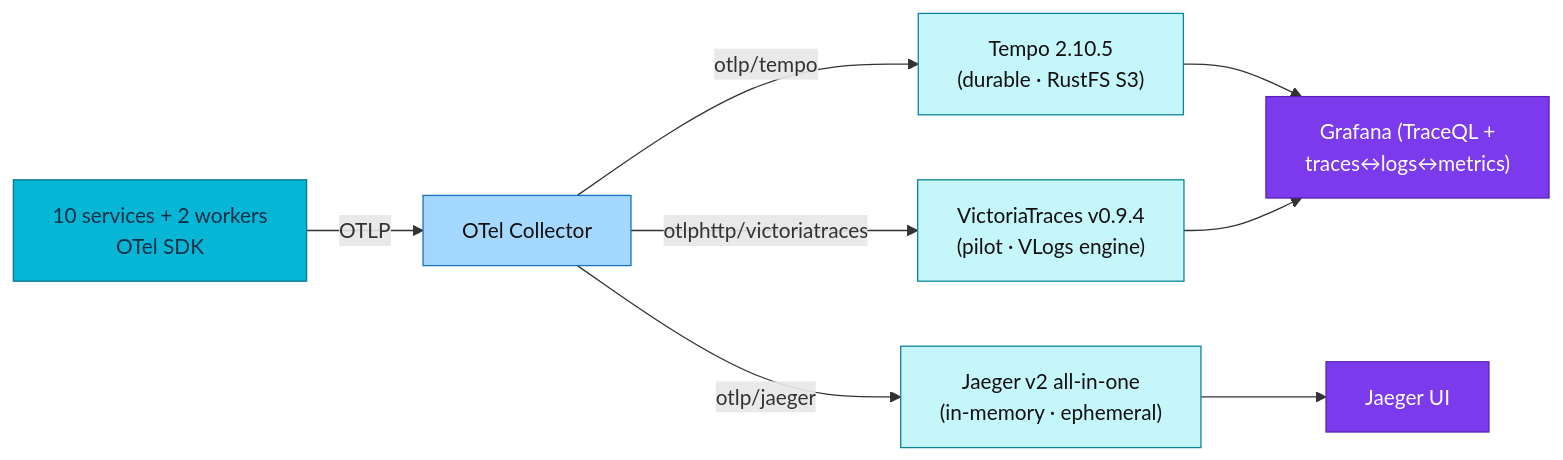
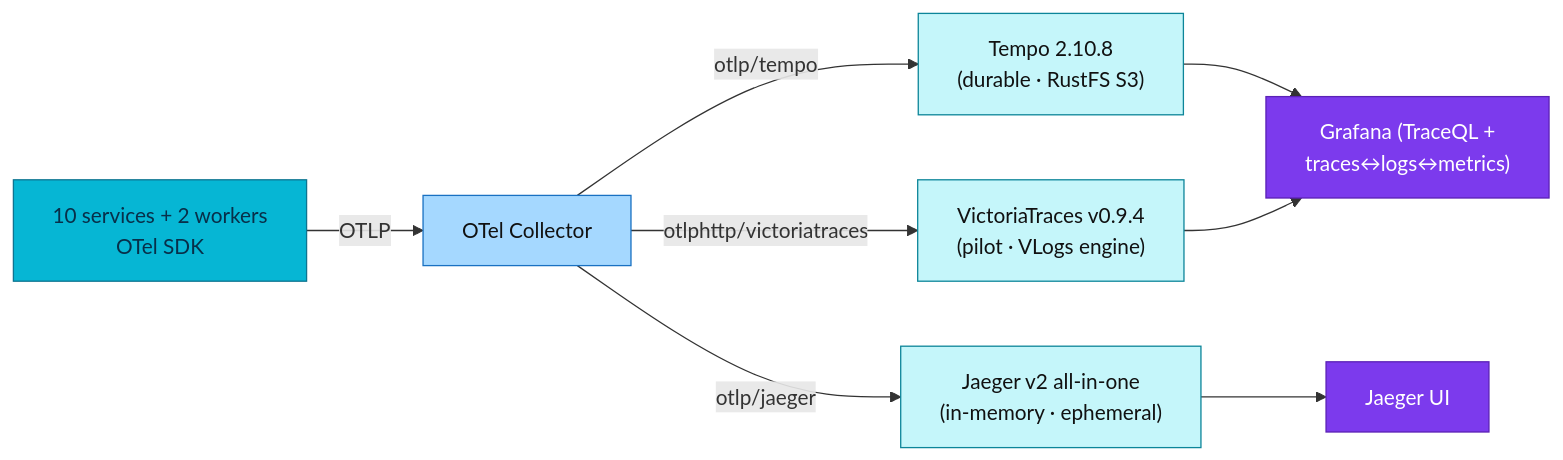
Before and after one commit to duynhlab/homelab: the diagram in docs/observability/tracing/backends-comparison.md, drawn with Mermaid. The commit also changed 10 other files, not shown here.

````diff
--- a/docs/observability/tracing/backends-comparison.md
+++ b/docs/observability/tracing/backends-comparison.md
@@ -17,18 +17,18 @@
 ```mermaid
 flowchart LR
   Apps["10 services + 2 workers<br/>OTel SDK"] -->|OTLP| OC["OTel Collector"]
-  OC -->|otlp/tempo| T["Tempo 2.10.5<br/>(durable · RustFS S3)"]
+  OC -->|otlp/tempo| T["Tempo 2.10.8<br/>(durable · RustFS S3)"]
   OC -->|otlp/jaeger| J["Jaeger v2 all-in-one<br/>(in-memory · ephemeral)"]
   OC -->|otlphttp/victoriatraces| V["VictoriaTraces v0.9.4<br/>(pilot · VLogs engine)"]
   T --> G["Grafana (TraceQL +<br/>traces↔logs↔metrics)"]
   J --> JU["Jaeger UI"]
   V --> G
   classDef service fill:#06b6d4,color:#082f49,stroke:#0e7490;
   classDef trace fill:#c5f6fa,color:#111,stroke:#0c8599;
   classDef collector fill:#a5d8ff,color:#111,stroke:#1971c2;
   classDef platform fill:#7c3aed,color:#fff,stroke:#5b21b6;
   class Apps service;
   class OC collector;
   class T,J,V trace;
   class G,JU platform;
 ```
````
